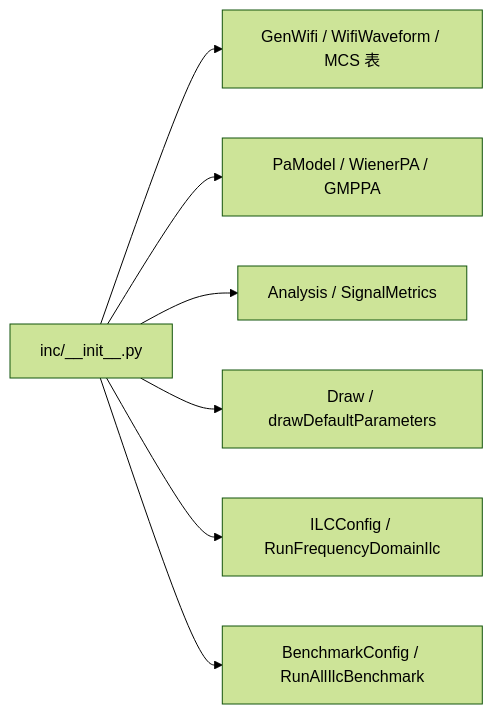
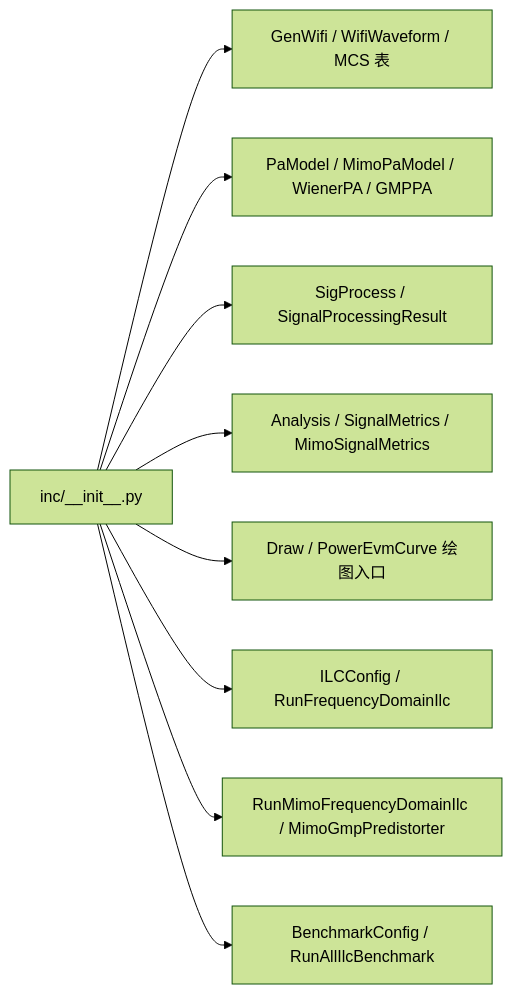
Diagram 12 of 12 in README.md (niyilu45/DPD_ILC), drawn with Mermaid (forest theme) before and after one commit. The commit also changed other lines of this file and 18 other files, not shown here.

Commit message:
Add MIMO DPD and EVM-aligned ILC diagnostics

````diff
--- a/README.md
+++ b/README.md
@@ -370,9 +472,11 @@
 ```mermaid
 flowchart LR
     init["inc/__init__.py"] --> waveApi["GenWifi / WifiWaveform / MCS 表"]
-    init --> paApi["PaModel / WienerPA / GMPPA"]
-    init --> analysisApi["Analysis / SignalMetrics"]
-    init --> drawApi["Draw / drawDefaultParameters"]
+    init --> paApi["PaModel / MimoPaModel / WienerPA / GMPPA"]
+    init --> signalApi["SigProcess / SignalProcessingResult"]
+    init --> analysisApi["Analysis / SignalMetrics / MimoSignalMetrics"]
+    init --> drawApi["Draw / PowerEvmCurve 绘图入口"]
     init --> ilcApi["ILCConfig / RunFrequencyDomainIlc"]
+    init --> mimoIlcApi["RunMimoFrequencyDomainIlc / MimoGmpPredistorter"]
     init --> benchmarkApi["BenchmarkConfig / RunAllIlcBenchmark"]
 ```
````
